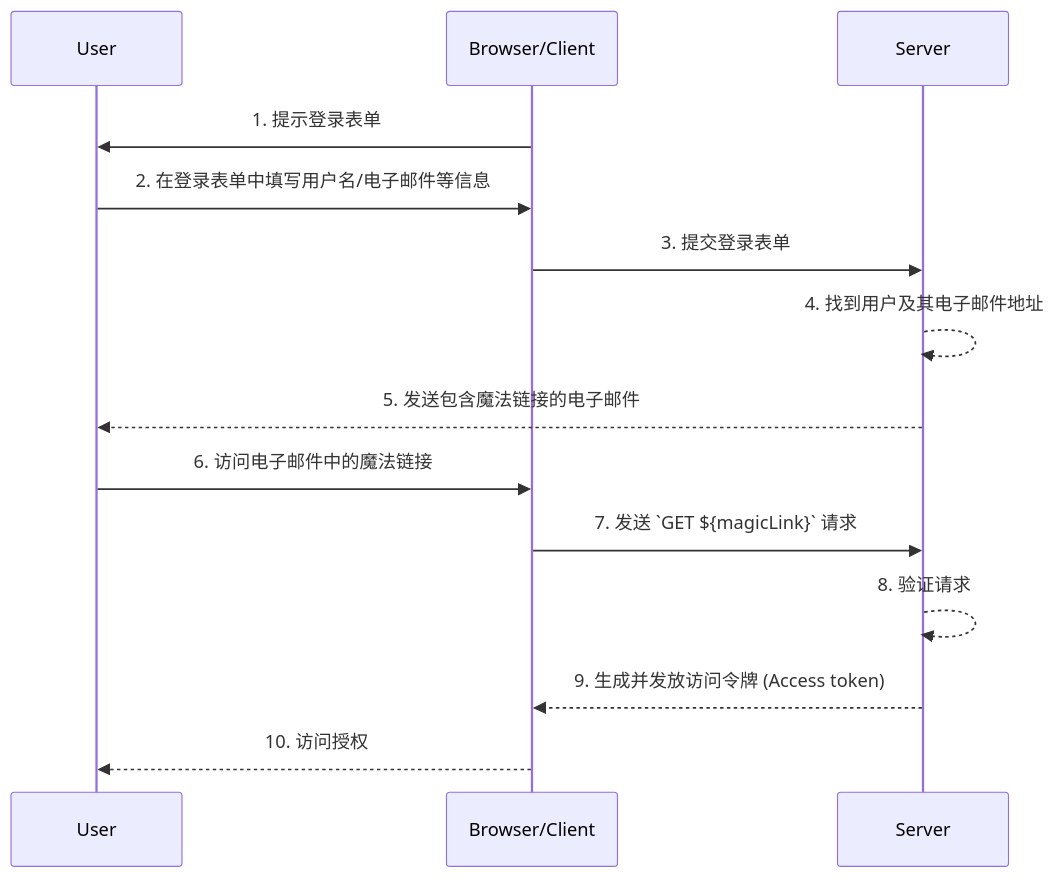
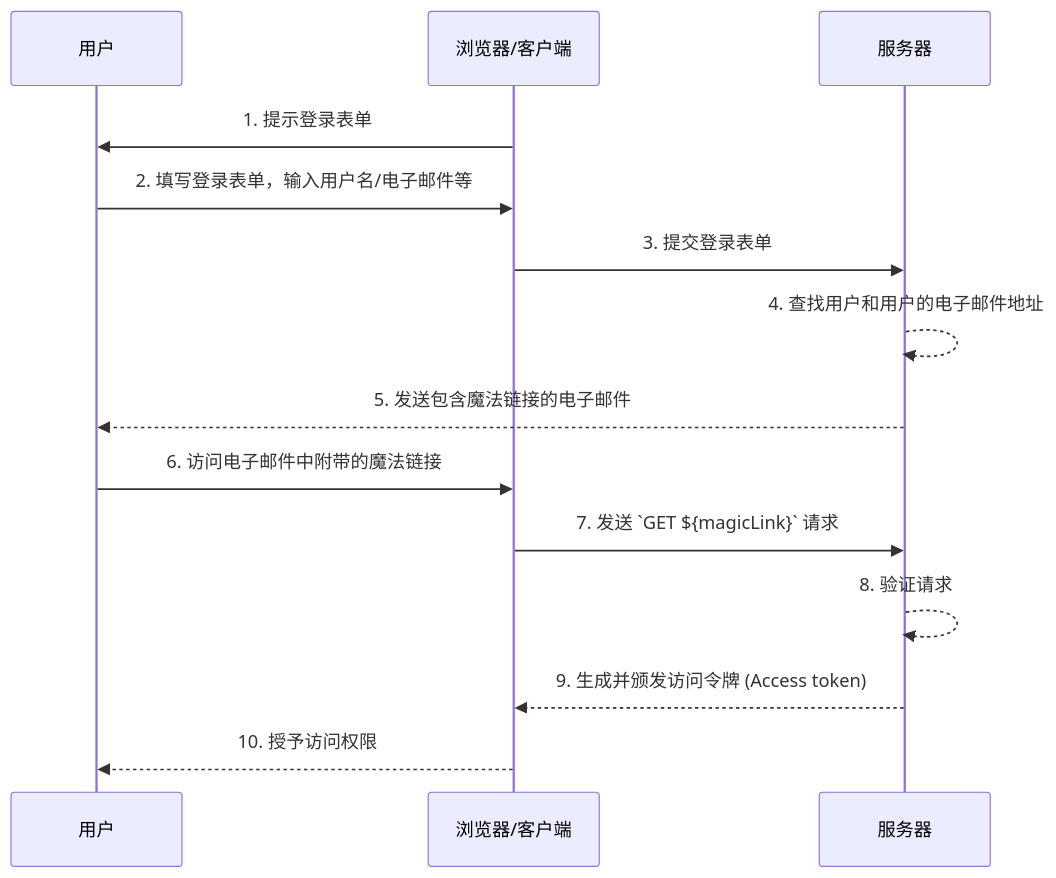
Before and after one commit to logto-io/auth-wiki: the diagram in src/content/terms/zh/magic-link.mdx, drawn with Mermaid. The commit also changed other lines of this file and 98 other files, not shown here.

````diff
--- a/src/content/terms/zh/magic-link.mdx
+++ b/src/content/terms/zh/magic-link.mdx
@@ -31,16 +31,16 @@
 ```mermaid
 sequenceDiagram
-    participant U as User
-    participant B as Browser/Client
-    participant S as Server
+    participant U as 用户
+    participant B as 浏览器/客户端
+    participant S as 服务器
     B->>U: 1. 提示登录表单
-    U->>B: 2. 在登录表单中填写用户名/电子邮件等信息
+    U->>B: 2. 填写登录表单，输入用户名/电子邮件等
     B->>S: 3. 提交登录表单
-    S-->>S: 4. 找到用户及其电子邮件地址
+    S-->>S: 4. 查找用户和用户的电子邮件地址
     S-->>U: 5. 发送包含魔法链接的电子邮件
-    U->>B: 6. 访问电子邮件中的魔法链接
+    U->>B: 6. 访问电子邮件中附带的魔法链接
     B->>S: 7. 发送 `GET ${magicLink}` 请求
     S-->>S: 8. 验证请求
-    S-->>B: 9. 生成并发放访问令牌 (Access token)
-    B-->>U: 10. 访问授权
+    S-->>B: 9. 生成并颁发访问令牌 (Access token)
+    B-->>U: 10. 授予访问权限
 ```
````
